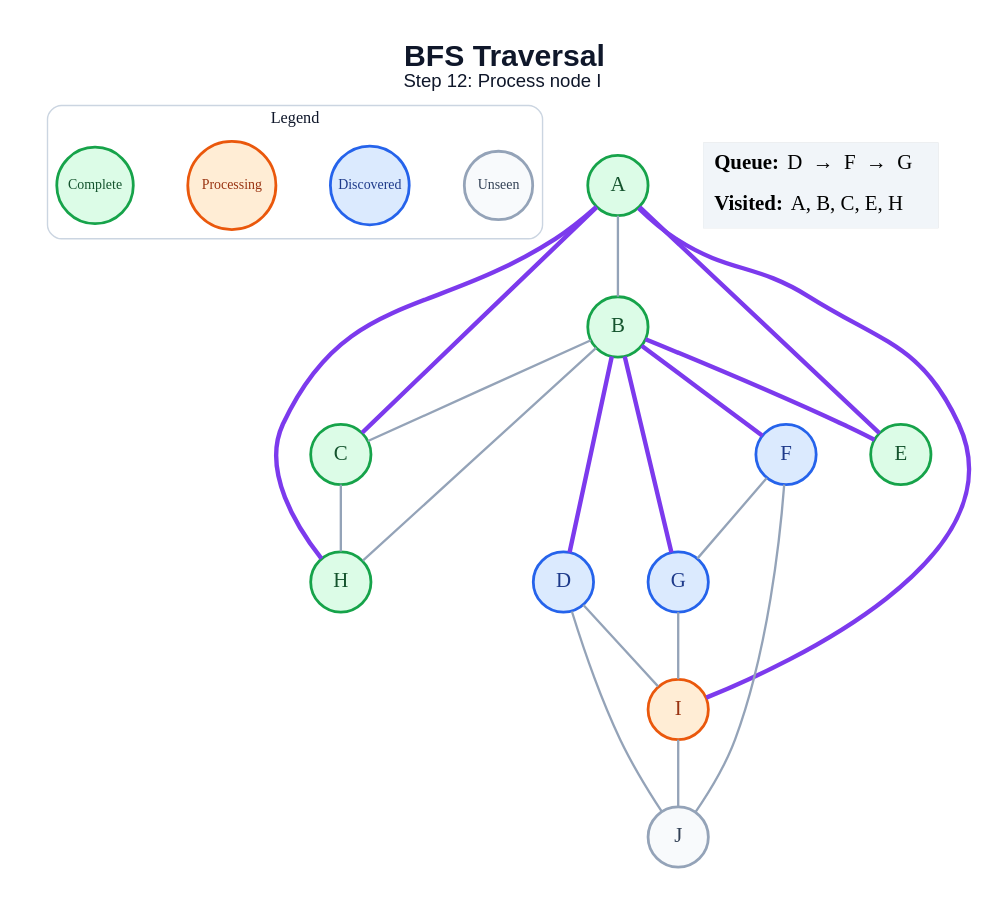
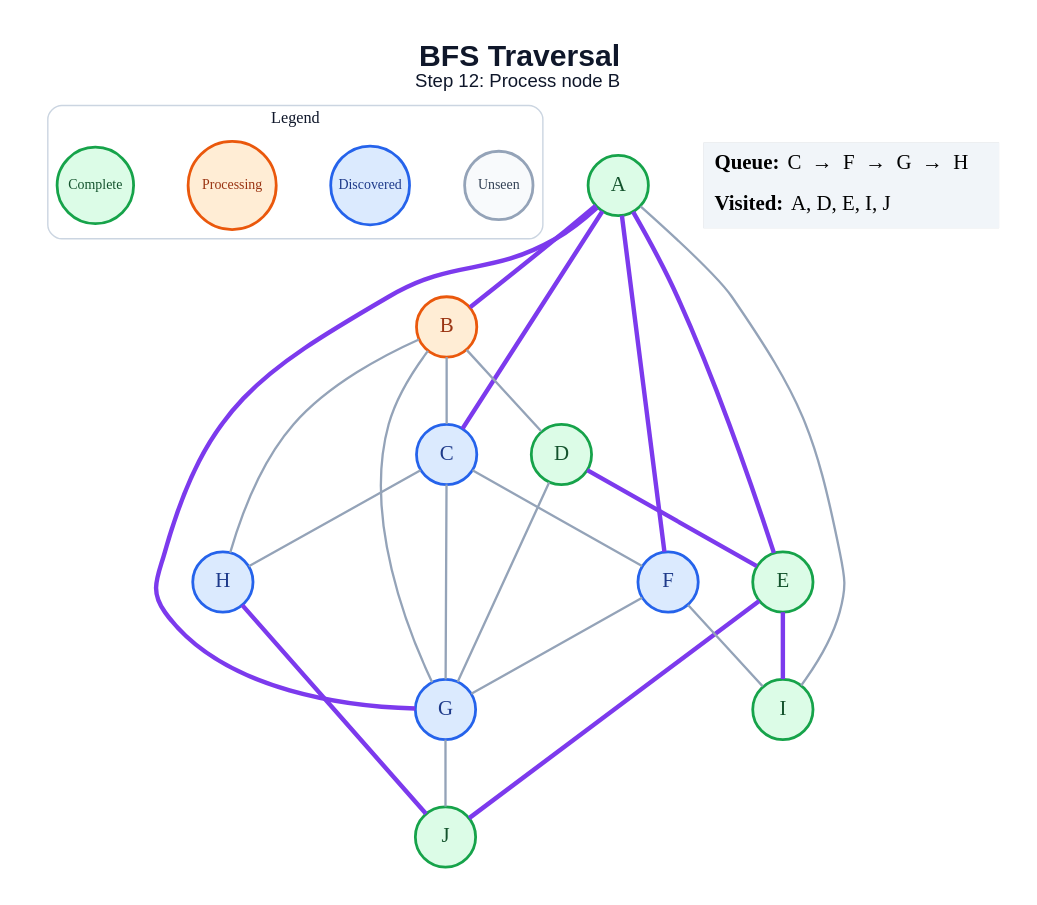
One commit to amanghodawala9/ai-slop changed the diagram in generated/specific-node/bfs/step_12.dot. Above: the diagram before and after it, drawn with Graphviz. The commit also changed 178 other files, not shown here.

```diff
--- a/generated/specific-node/bfs/step_12.dot
+++ b/generated/specific-node/bfs/step_12.dot
@@ -1,47 +1,50 @@
 graph traversal {
   graph [layout=dot, rankdir=TB, bgcolor="#FFFFFF", pad="0.35", nodesep="0.65", ranksep="0.8", fontname="Arial"];
   node [shape=circle, style="filled", fontname="Arial Bold", fontsize=18, width=0.72, fixedsize=true, penwidth=2.4];
   edge [color="#94A3B8", penwidth=2.0];
-  label=<<B>BFS Traversal</B><BR/><FONT POINT-SIZE="16">Step 12: Process node I</FONT>>; labelloc="t"; fontsize=26; fontname="Arial"; fontcolor="#0F172A";
+  label=<<B>BFS Traversal</B><BR/><FONT POINT-SIZE="16">Step 12: Process node B</FONT>>; labelloc="t"; fontsize=26; fontname="Arial"; fontcolor="#0F172A";
   subgraph cluster_legend { label="Legend"; color="#CBD5E1"; penwidth=1.2; style="rounded"; fontsize=14; fontname="Arial Bold";
     key_unseen [label="Unseen", fillcolor="#F8FAFC", color="#94A3B8", fontcolor="#334155", fontsize=12, width=0.82];
     key_frontier [label="Discovered", fillcolor="#DBEAFE", color="#2563EB", fontcolor="#1E3A8A", fontsize=12, width=0.95];
     key_current [label="Processing", fillcolor="#FFEDD5", color="#EA580C", fontcolor="#9A3412", fontsize=12, width=1.05];
     key_done [label="Complete", fillcolor="#DCFCE7", color="#16A34A", fontcolor="#14532D", fontsize=12, width=0.92];
     { rank=same; key_unseen; key_frontier; key_current; key_done; }
   }
   A [fillcolor="#DCFCE7", color="#16A34A", fontcolor="#14532D"];
-  B [fillcolor="#DCFCE7", color="#16A34A", fontcolor="#14532D"];
-  C [fillcolor="#DCFCE7", color="#16A34A", fontcolor="#14532D"];
-  D [fillcolor="#DBEAFE", color="#2563EB", fontcolor="#1E3A8A"];
+  B [fillcolor="#FFEDD5", color="#EA580C", fontcolor="#9A3412"];
+  C [fillcolor="#DBEAFE", color="#2563EB", fontcolor="#1E3A8A"];
+  D [fillcolor="#DCFCE7", color="#16A34A", fontcolor="#14532D"];
   E [fillcolor="#DCFCE7", color="#16A34A", fontcolor="#14532D"];
   F [fillcolor="#DBEAFE", color="#2563EB", fontcolor="#1E3A8A"];
   G [fillcolor="#DBEAFE", color="#2563EB", fontcolor="#1E3A8A"];
-  H [fillcolor="#DCFCE7", color="#16A34A", fontcolor="#14532D"];
-  I [fillcolor="#FFEDD5", color="#EA580C", fontcolor="#9A3412"];
-  J [fillcolor="#F8FAFC", color="#94A3B8", fontcolor="#334155"];
-  A -- B;
+  H [fillcolor="#DBEAFE", color="#2563EB", fontcolor="#1E3A8A"];
+  I [fillcolor="#DCFCE7", color="#16A34A", fontcolor="#14532D"];
+  J [fillcolor="#DCFCE7", color="#16A34A", fontcolor="#14532D"];
+  A -- B [color="#7C3AED", penwidth=3.8];
   A -- C [color="#7C3AED", penwidth=3.8];
   A -- E [color="#7C3AED", penwidth=3.8];
-  A -- H [color="#7C3AED", penwidth=3.8];
-  A -- I [color="#7C3AED", penwidth=3.8];
+  A -- F [color="#7C3AED", penwidth=3.8];
+  A -- G [color="#7C3AED", penwidth=3.8];
+  A -- I;
   B -- C;
-  B -- D [color="#7C3AED", penwidth=3.8];
-  B -- E [color="#7C3AED", penwidth=3.8];
-  B -- F [color="#7C3AED", penwidth=3.8];
-  B -- G [color="#7C3AED", penwidth=3.8];
+  B -- D;
+  B -- G;
   B -- H;
+  C -- F;
+  C -- G;
   C -- H;
-  D -- I;
-  D -- J;
+  D -- E [color="#7C3AED", penwidth=3.8];
+  D -- G;
+  E -- I [color="#7C3AED", penwidth=3.8];
+  E -- J [color="#7C3AED", penwidth=3.8];
   F -- G;
-  F -- J;
-  G -- I;
-  I -- J;
+  F -- I;
+  G -- J;
+  H -- J [color="#7C3AED", penwidth=3.8];
   status [shape=plain, fixedsize=false, width=0, height=0, margin=0, label=<
     <TABLE BORDER="0" CELLBORDER="0" CELLPADDING="7" BGCOLOR="#F1F5F9">
-      <TR><TD ALIGN="LEFT"><B>Queue:</B> D  →  F  →  G</TD></TR>
-      <TR><TD ALIGN="LEFT"><B>Visited:</B> A, B, C, E, H</TD></TR>
+      <TR><TD ALIGN="LEFT"><B>Queue:</B> C  →  F  →  G  →  H</TD></TR>
+      <TR><TD ALIGN="LEFT"><B>Visited:</B> A, D, E, I, J</TD></TR>
     </TABLE>
   >];
 }
```
